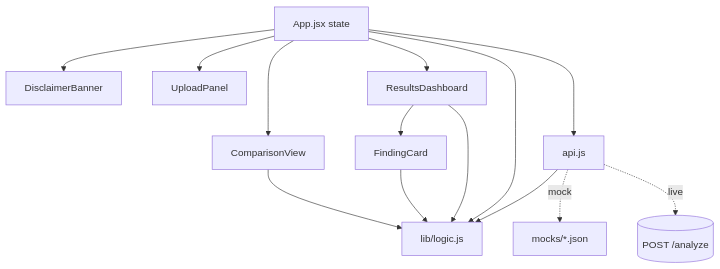
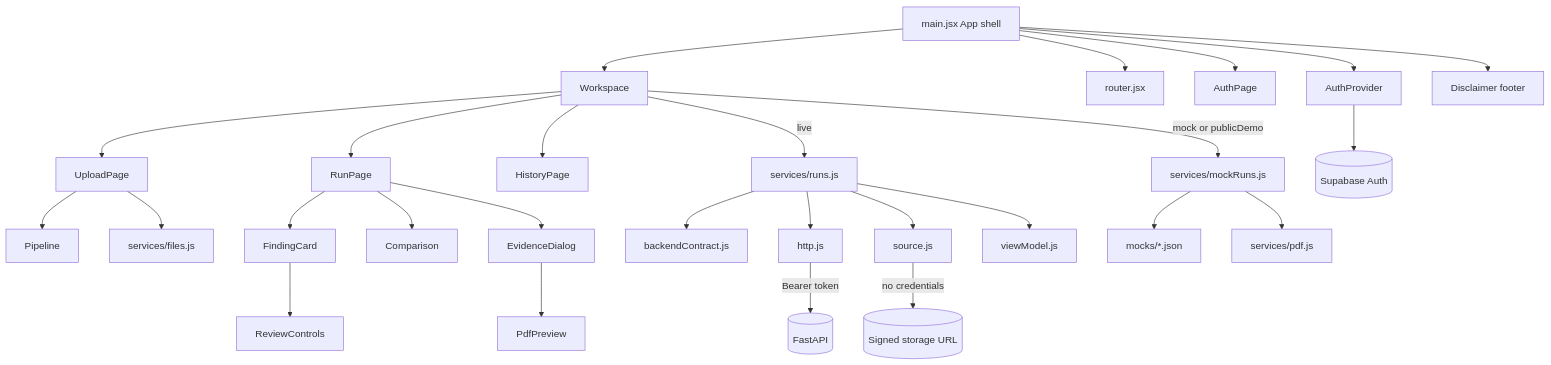
One commit to cjiscoderprime/Hackachusetts-TeamGitAndCommit changed the first of 2 diagrams in .kiro/specs/regulens-frontend/design.md. Above: the diagram before and after it, drawn with Mermaid. The commit also changed other lines of this file and 2 other files, not shown here.

````diff
--- a/.kiro/specs/regulens-frontend/design.md
+++ b/.kiro/specs/regulens-frontend/design.md
@@ -43,16 +90,29 @@
 ```mermaid
 graph TD
-  App[App.jsx state] --> DB[DisclaimerBanner]
-  App --> UP[UploadPanel]
-  App --> RD[ResultsDashboard]
-  App --> CV[ComparisonView]
-  RD --> FC[FindingCard]
-  App --> API[api.js]
-  API --> L[lib/logic.js]
-  App --> L
-  RD --> L
-  FC --> L
-  CV --> L
-  API -.mock.-> M[mocks/*.json]
-  API -.live.-> BE[(POST /analyze)]
+  Main[main.jsx App shell] --> AP[AuthProvider]
+  Main --> R[router.jsx]
+  Main --> AuthPage
+  Main --> WS[Workspace]
+  Main --> D[Disclaimer footer]
+  WS --> UP[UploadPage]
+  WS --> RP[RunPage]
+  WS --> HP[HistoryPage]
+  UP --> PL[Pipeline]
+  UP --> F[services/files.js]
+  RP --> FC[FindingCard]
+  RP --> CMP[Comparison]
+  RP --> ED[EvidenceDialog]
+  FC --> RC[ReviewControls]
+  ED --> PP[PdfPreview]
+  WS -->|mock or publicDemo| MR[services/mockRuns.js]
+  WS -->|live| RA[services/runs.js]
+  RA --> BC[backendContract.js]
+  RA --> H[http.js]
+  RA --> S[source.js]
+  RA --> VM[viewModel.js]
+  H -->|Bearer token| BE[(FastAPI)]
+  S -->|no credentials| ST[(Signed storage URL)]
+  MR --> M[mocks/*.json]
+  MR --> PDF[services/pdf.js]
+  AP --> SB[(Supabase Auth)]
 ```
````
